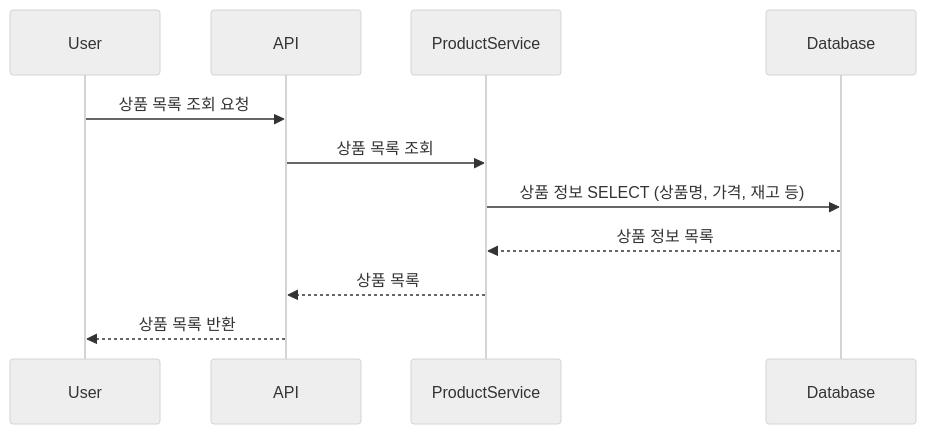
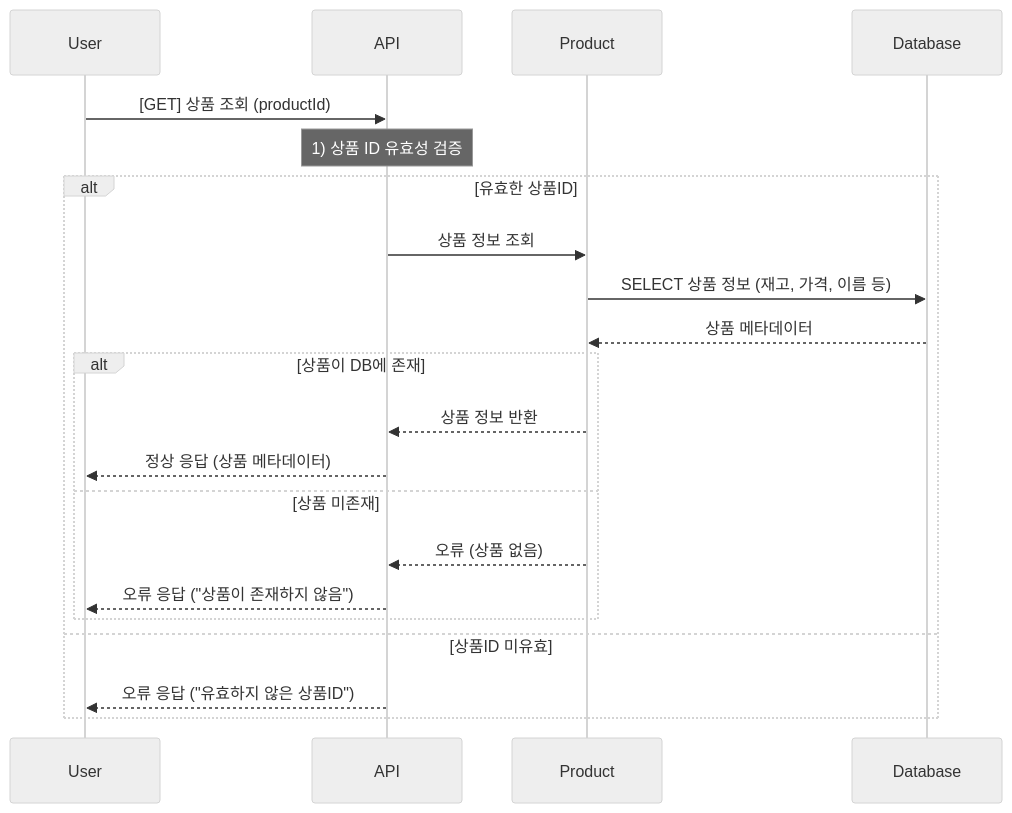
Before and after one commit to kergosdyr/hhplus-commerce-java: the third of 8 diagrams in docs/02_sequence.md, drawn with Mermaid (neutral theme). The commit also changed other lines of this file, not shown here.

Commit message:
doc(sequence): edit sequence diagram to sync with flow chart

````diff
--- a/docs/02_sequence.md
+++ b/docs/02_sequence.md
@@ -39,14 +70,23 @@
 ```mermaid
 sequenceDiagram
     participant User
     participant API
-    participant ProductService
+    participant Product
     participant Database
-
-    User->>API: 상품 목록 조회 요청
-    API->>ProductService: 상품 목록 조회
-    ProductService->>Database: 상품 정보 SELECT (상품명, 가격, 재고 등)
-    Database-->>ProductService: 상품 정보 목록
-    ProductService-->>API: 상품 목록
-    API-->>User: 상품 목록 반환
+    User ->> API: [GET] 상품 조회 (productId)
+    note over API: 1) 상품 ID 유효성 검증
+    alt 유효한 상품ID
+        API ->> Product: 상품 정보 조회
+        Product ->> Database: SELECT 상품 정보 (재고, 가격, 이름 등)
+        Database -->> Product: 상품 메타데이터
+        alt 상품이 DB에 존재
+            Product -->> API: 상품 정보 반환
+            API -->> User: 정상 응답 (상품 메타데이터)
+        else 상품 미존재
+            Product -->> API: 오류 (상품 없음)
+            API -->> User: 오류 응답 ("상품이 존재하지 않음")
+        end
+    else 상품ID 미유효
+        API -->> User: 오류 응답 ("유효하지 않은 상품ID")
+    end
 ```
````
